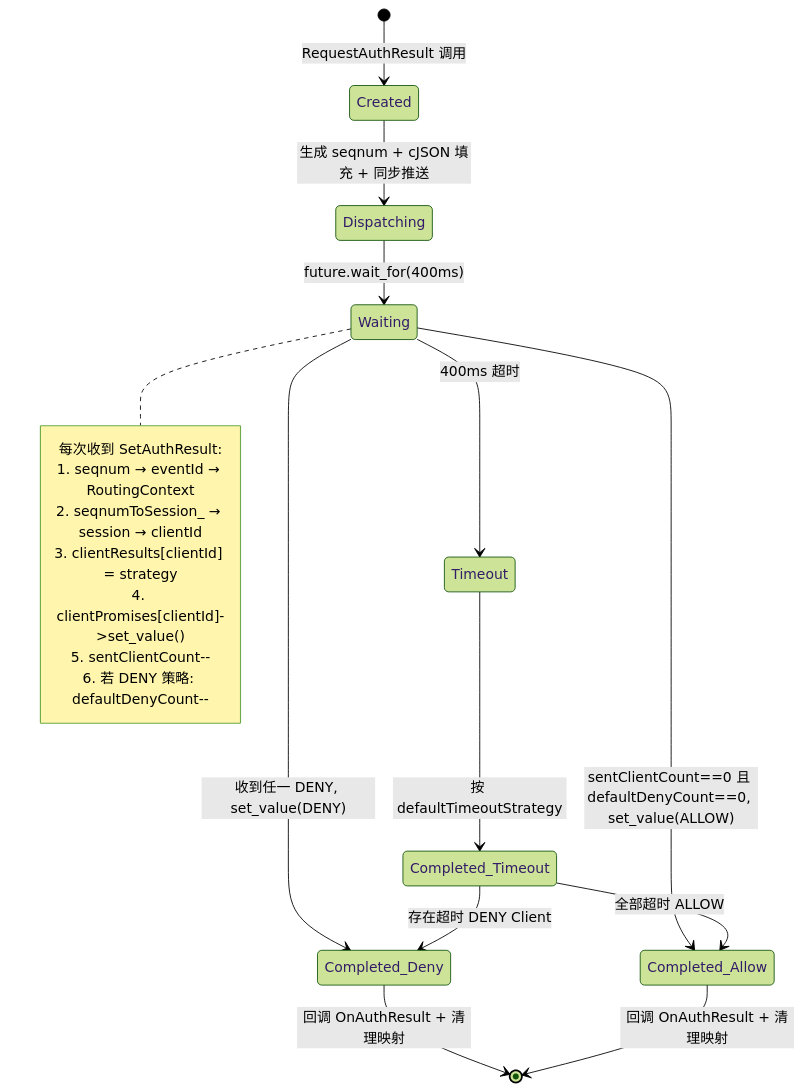
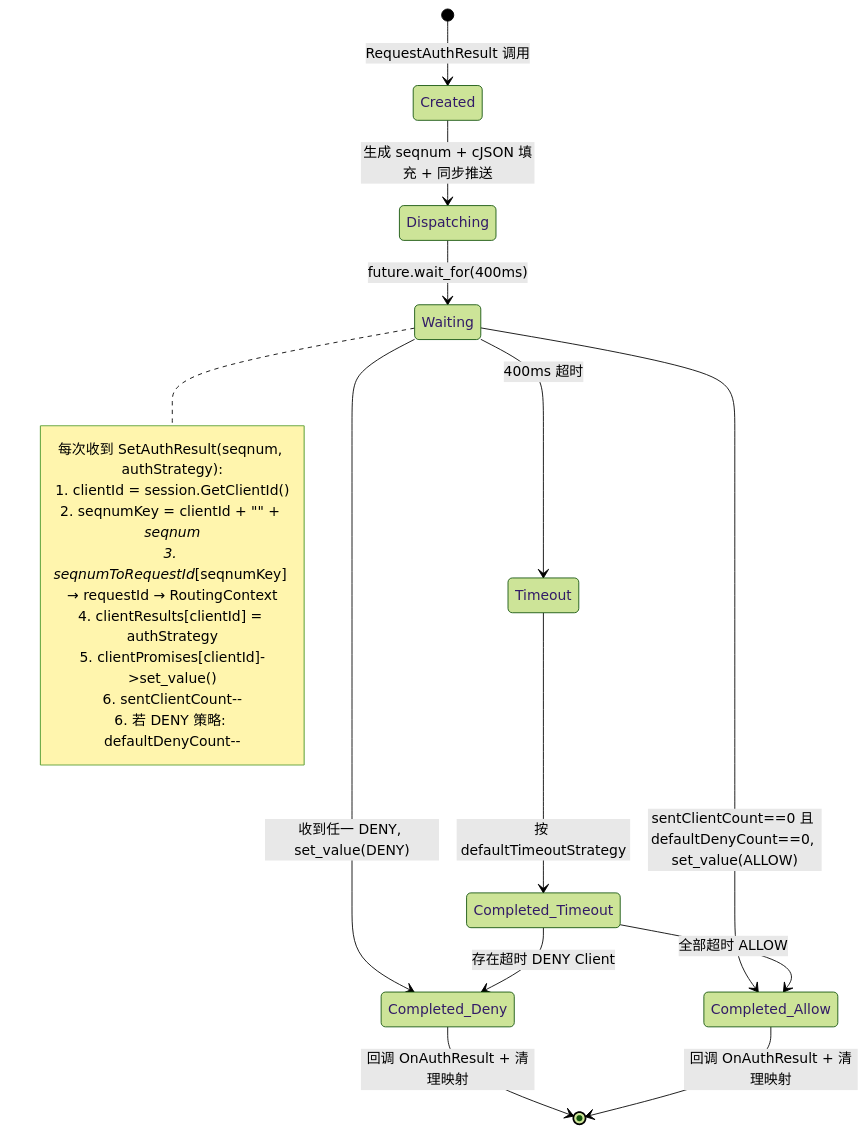
The seventh of 10 diagrams in .sdd/SR-20260806903302/design-doc.md (eclipse-oniro-mirrors/security_security_guard), drawn with Mermaid (forest theme) before and after one commit. The commit also changed other lines of this file, not shown here.

First line of the commit message:
docs: 更新设计文档, seqnum per-client 递增 + requestId + 组合key

````diff
--- a/.sdd/SR-20260806903302/design-doc.md
+++ b/.sdd/SR-20260806903302/design-doc.md
@@ -315,27 +326,28 @@
 ```mermaid
 stateDiagram-v2
     [*] --> Created : RequestAuthResult 调用
     Created --> Dispatching : 生成 seqnum + cJSON 填充 + 同步推送
     Dispatching --> Waiting : future.wait_for(400ms)
 
     Waiting --> Completed_Deny : 收到任一 DENY, set_value(DENY)
     Waiting --> Completed_Allow : sentClientCount==0 且 defaultDenyCount==0, set_value(ALLOW)
     Waiting --> Timeout : 400ms 超时
 
     Timeout --> Completed_Timeout : 按 defaultTimeoutStrategy
     Completed_Timeout --> Completed_Deny : 存在超时 DENY Client
     Completed_Timeout --> Completed_Allow : 全部超时 ALLOW
 
     Completed_Deny --> [*] : 回调 OnAuthResult + 清理映射
     Completed_Allow --> [*] : 回调 OnAuthResult + 清理映射
 
     note right of Waiting
-        每次收到 SetAuthResult:
-        1. seqnum → eventId → RoutingContext
-        2. seqnumToSession_ → session → clientId
-        3. clientResults[clientId] = strategy
-        4. clientPromises[clientId]->set_value()
-        5. sentClientCount--
+        每次收到 SetAuthResult(seqnum, authStrategy):
+        1. clientId = session.GetClientId()
+        2. seqnumKey = clientId + "_" + seqnum
+        3. seqnumToRequestId_[seqnumKey] → requestId → RoutingContext
+        4. clientResults[clientId] = authStrategy
+        5. clientPromises[clientId]->set_value()
+        6. sentClientCount--
         6. 若 DENY 策略: defaultDenyCount--
     end note
 ```
````
